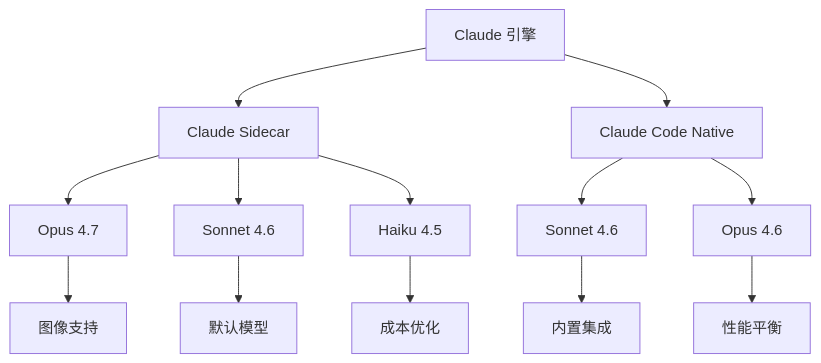
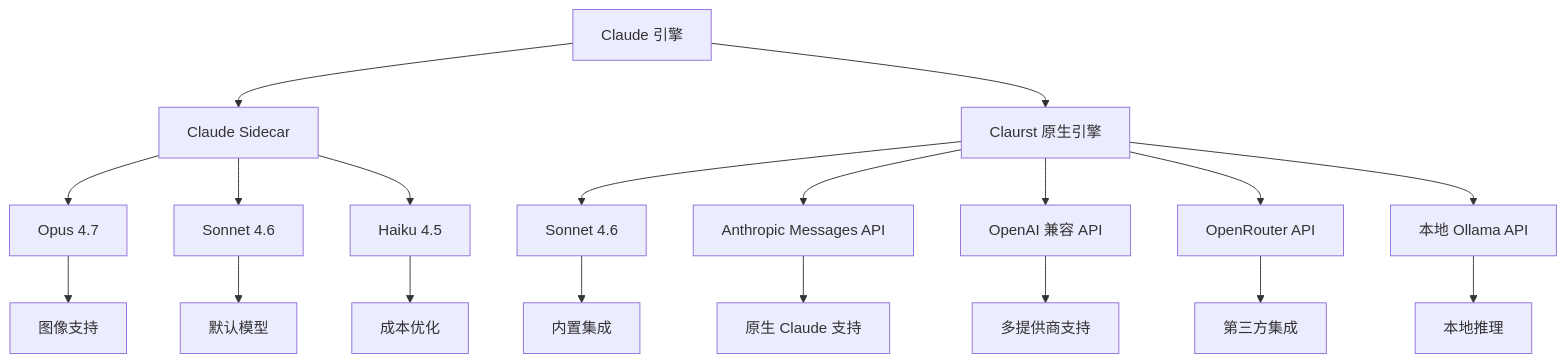
Diagram 12 of 13 in .qoder/repowiki/zh/content/AI 引擎管理/Claude 引擎集成.md (yattin/panes), drawn with Mermaid before and after one commit. The commit also changed other lines of this file and 45 other files, not shown here.

````diff
--- a/.qoder/repowiki/zh/content/AI 引擎管理/Claude 引擎集成.md
+++ b/.qoder/repowiki/zh/content/AI 引擎管理/Claude 引擎集成.md
@@ -402,15 +451,21 @@
 ```mermaid
 graph TD
 A[Claude 引擎] --> B[Claude Sidecar]
-A --> C[Claude Code Native]
+A --> C[Claurst 原生引擎]
 B --> D[Opus 4.7]
 B --> E[Sonnet 4.6]
 B --> F[Haiku 4.5]
 C --> G[Sonnet 4.6]
-C --> H[Opus 4.6]
-D --> I[图像支持]
-E --> J[默认模型]
-F --> K[成本优化]
-G --> L[内置集成]
-H --> M[性能平衡]
+C --> H[Anthropic Messages API]
+C --> I[OpenAI 兼容 API]
+C --> J[OpenRouter API]
+C --> K[本地 Ollama API]
+D --> L[图像支持]
+E --> M[默认模型]
+F --> N[成本优化]
+G --> O[内置集成]
+H --> P[原生 Claude 支持]
+I --> Q[多提供商支持]
+J --> R[第三方集成]
+K --> S[本地推理]
 ```
````
